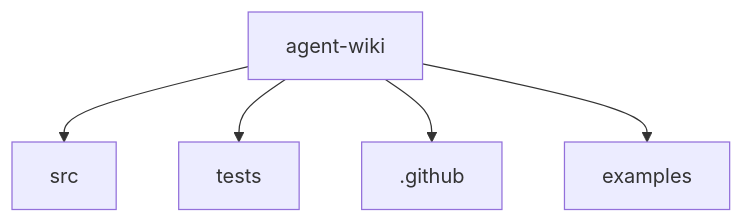
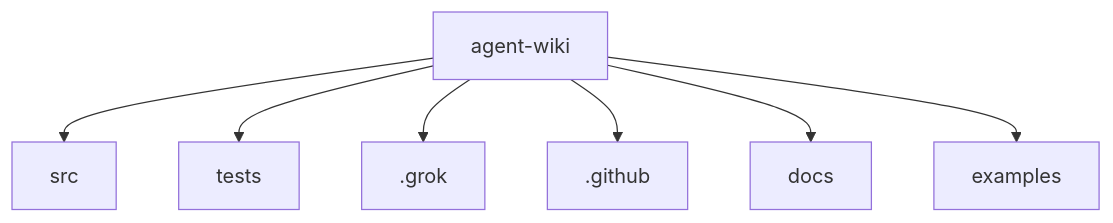
Before and after one commit to MarshallMoorman/AgentWiki: the diagram in docs/wiki/architecture.md, drawn with Mermaid. The commit also changed other lines of this file and 26 other files, not shown here.

````diff
--- a/docs/wiki/architecture.md
+++ b/docs/wiki/architecture.md
@@ -15,8 +15,10 @@
 ```mermaid
 flowchart TB
     Root[agent-wiki]
     Root --> N0[src]
     Root --> N1[tests]
-    Root --> N2[.github]
-    Root --> N3[examples]
+    Root --> N2[.grok]
+    Root --> N3[.github]
+    Root --> N4[docs]
+    Root --> N5[examples]
 ```
````
